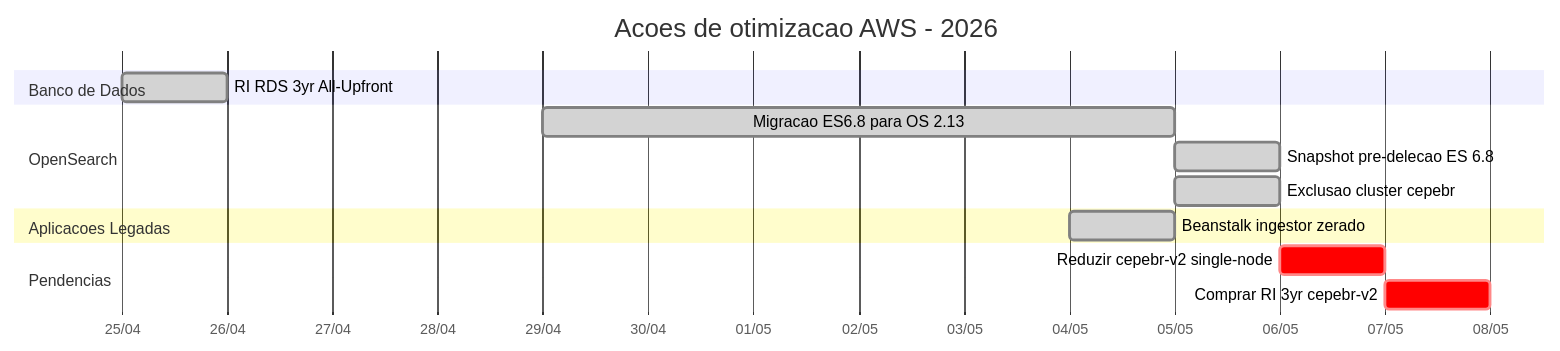
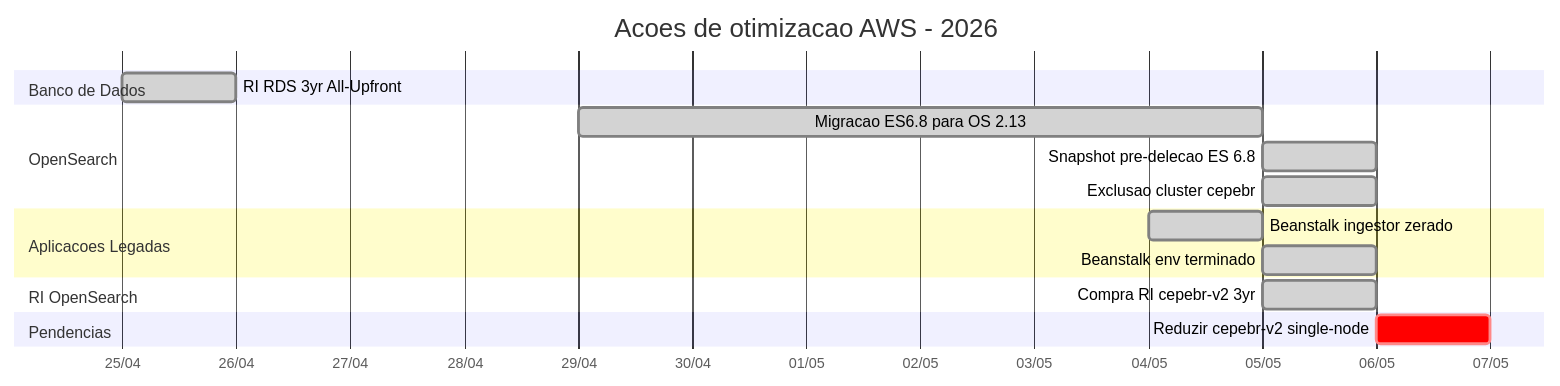
One commit to fparanhos/cepedoc-docs changed the third of 7 diagrams in OTIMIZACAO_INFRA_AWS_2026.md. Above: the diagram before and after it, drawn with Mermaid. The commit also changed other lines of this file, not shown here.

First line of the commit message:
docs: registra compra do RI OpenSearch e terminate do Beanstalk

````diff
--- a/OTIMIZACAO_INFRA_AWS_2026.md
+++ b/OTIMIZACAO_INFRA_AWS_2026.md
@@ -62,17 +62,19 @@
 ```mermaid
 gantt
     title Acoes de otimizacao AWS - 2026
     dateFormat YYYY-MM-DD
     axisFormat %d/%m
     section Banco de Dados
     RI RDS 3yr All-Upfront         :done, rds, 2026-04-25, 1d
     section OpenSearch
     Migracao ES6.8 para OS 2.13    :done, mig, 2026-04-29, 6d
     Snapshot pre-delecao ES 6.8    :done, snap, 2026-05-05, 1d
     Exclusao cluster cepebr        :done, del, 2026-05-05, 1d
     section Aplicacoes Legadas
     Beanstalk ingestor zerado      :done, eb, 2026-05-04, 1d
+    Beanstalk env terminado        :done, ebt, 2026-05-05, 1d
+    section RI OpenSearch
+    Compra RI cepebr-v2 3yr        :done, ri2, 2026-05-05, 1d
     section Pendencias
     Reduzir cepebr-v2 single-node  :crit, p1, 2026-05-06, 1d
-    Comprar RI 3yr cepebr-v2       :crit, p2, after p1, 1d
 ```
````
